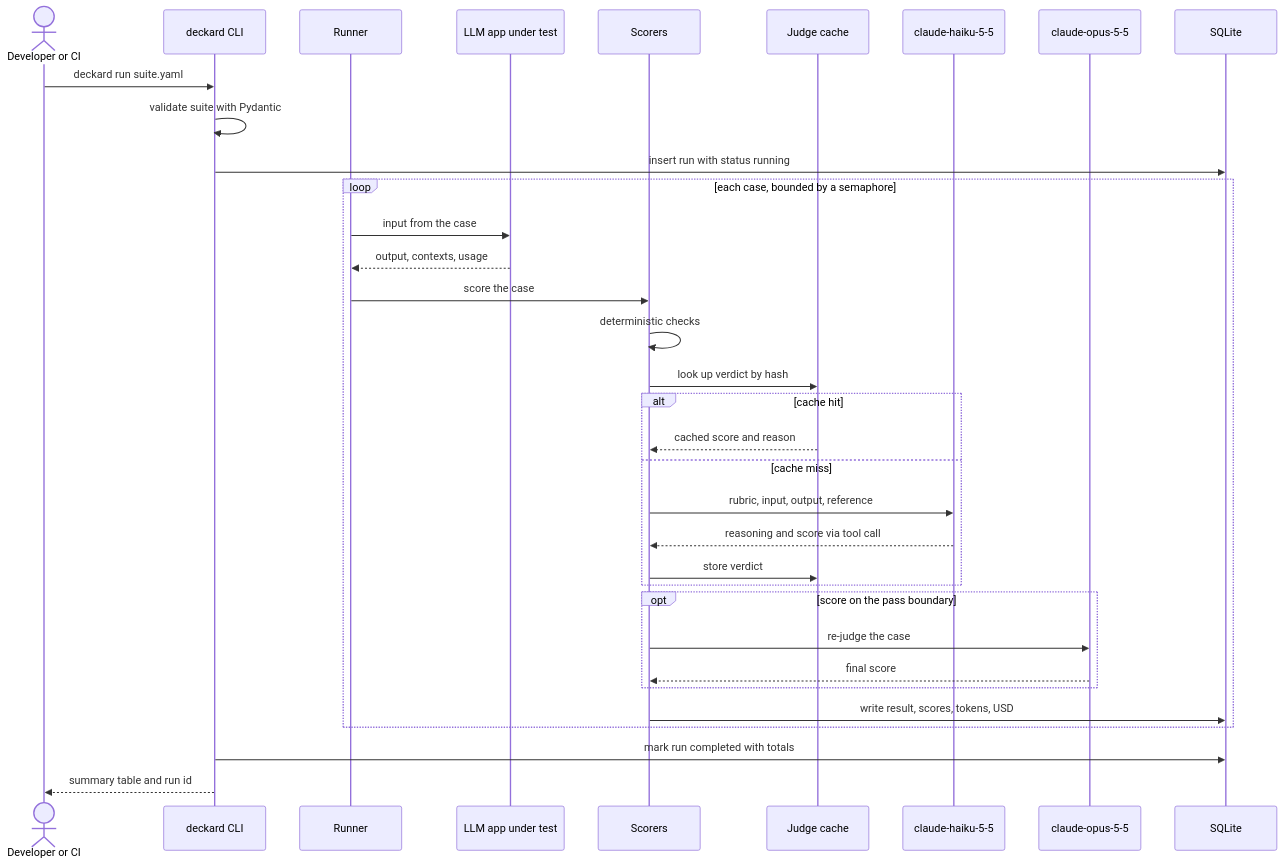
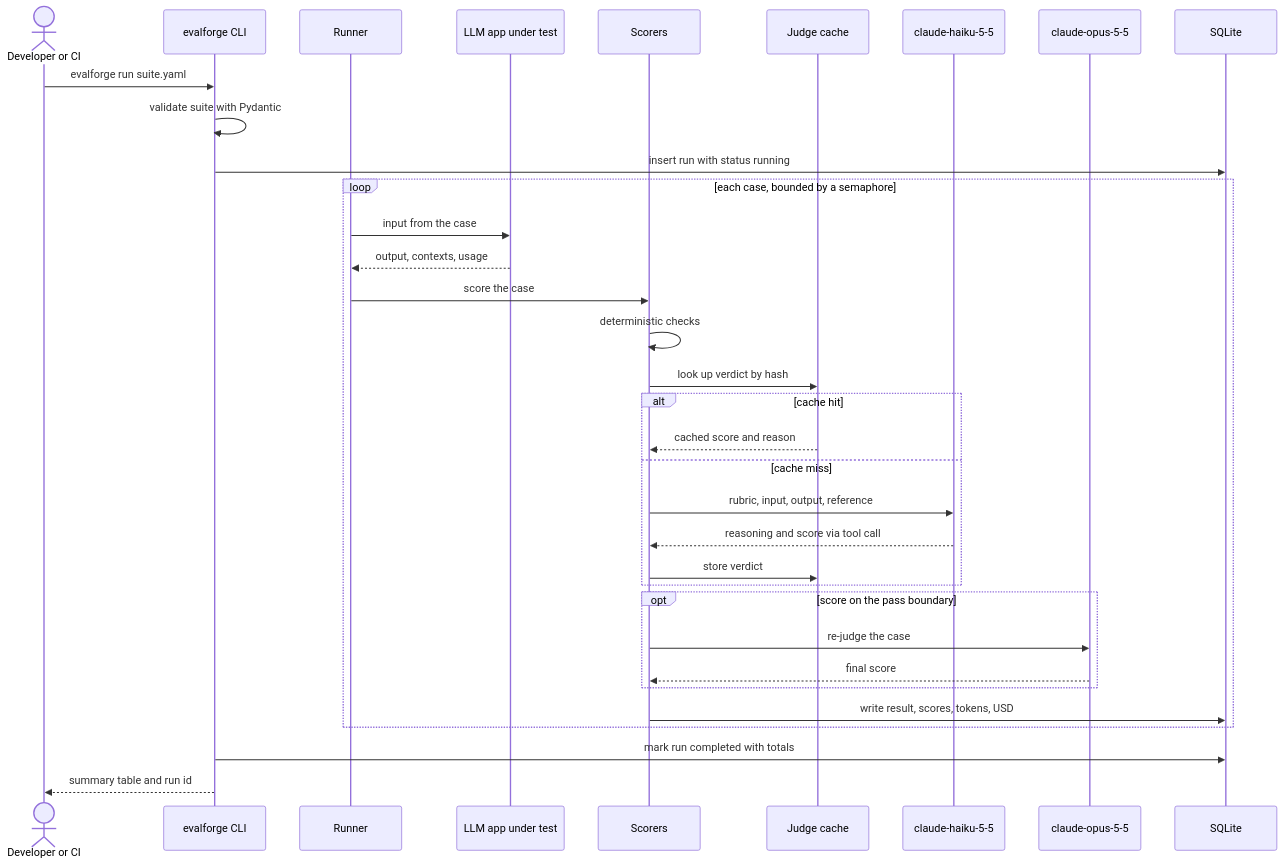
The second of 7 diagrams in INFO.md (striderzz/EvalForge-LLMOps), drawn with Mermaid before and after one commit. The commit also changed other lines of this file and 2 other files, not shown here.

First line of the commit message:
Rename project to evalforge-llmops

````diff
--- a/INFO.md
+++ b/INFO.md
@@ -168,36 +168,36 @@
 ```mermaid
 sequenceDiagram
     actor Dev as Developer or CI
-    participant CLI as deckard CLI
+    participant CLI as evalforge CLI
     participant Runner
     participant App as LLM app under test
     participant Scorers
     participant Cache as Judge cache
     participant Haiku as claude-haiku-5-5
     participant Opus as claude-opus-5-5
     participant DB as SQLite
-    Dev->>CLI: deckard run suite.yaml
+    Dev->>CLI: evalforge run suite.yaml
     CLI->>CLI: validate suite with Pydantic
     CLI->>DB: insert run with status running
     loop each case, bounded by a semaphore
         Runner->>App: input from the case
         App-->>Runner: output, contexts, usage
         Runner->>Scorers: score the case
         Scorers->>Scorers: deterministic checks
         Scorers->>Cache: look up verdict by hash
         alt cache hit
             Cache-->>Scorers: cached score and reason
         else cache miss
             Scorers->>Haiku: rubric, input, output, reference
             Haiku-->>Scorers: reasoning and score via tool call
             Scorers->>Cache: store verdict
         end
         opt score on the pass boundary
             Scorers->>Opus: re-judge the case
             Opus-->>Scorers: final score
         end
         Scorers->>DB: write result, scores, tokens, USD
     end
     CLI->>DB: mark run completed with totals
     CLI-->>Dev: summary table and run id
 ```
````
